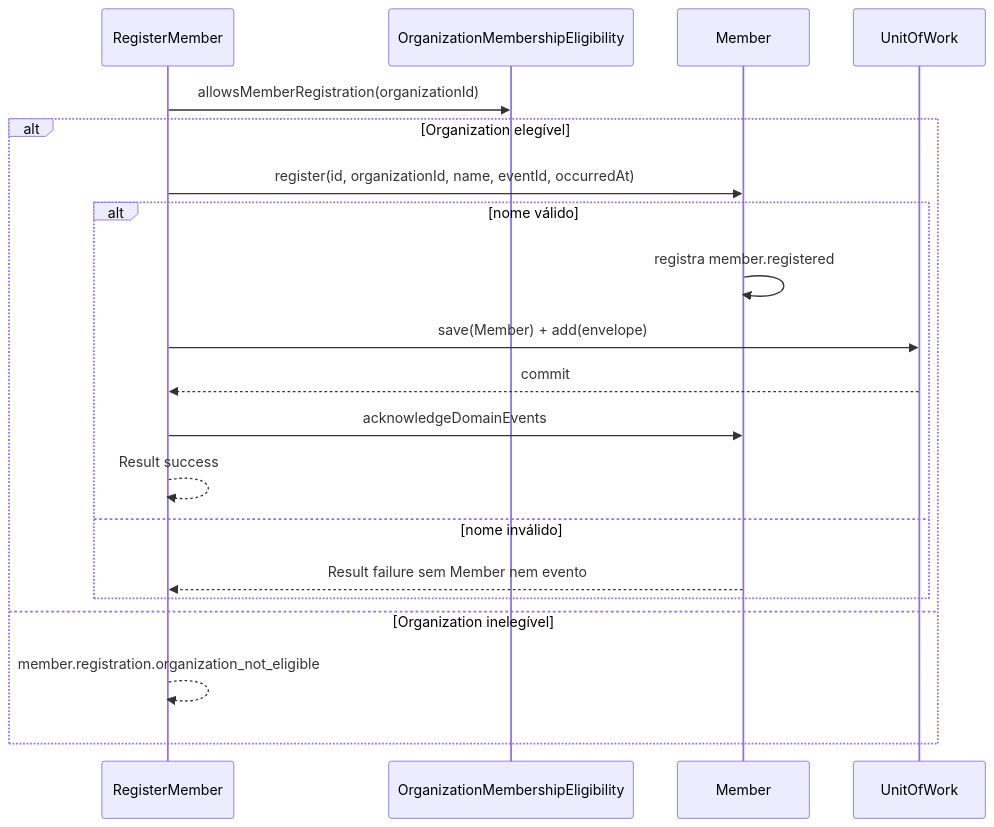
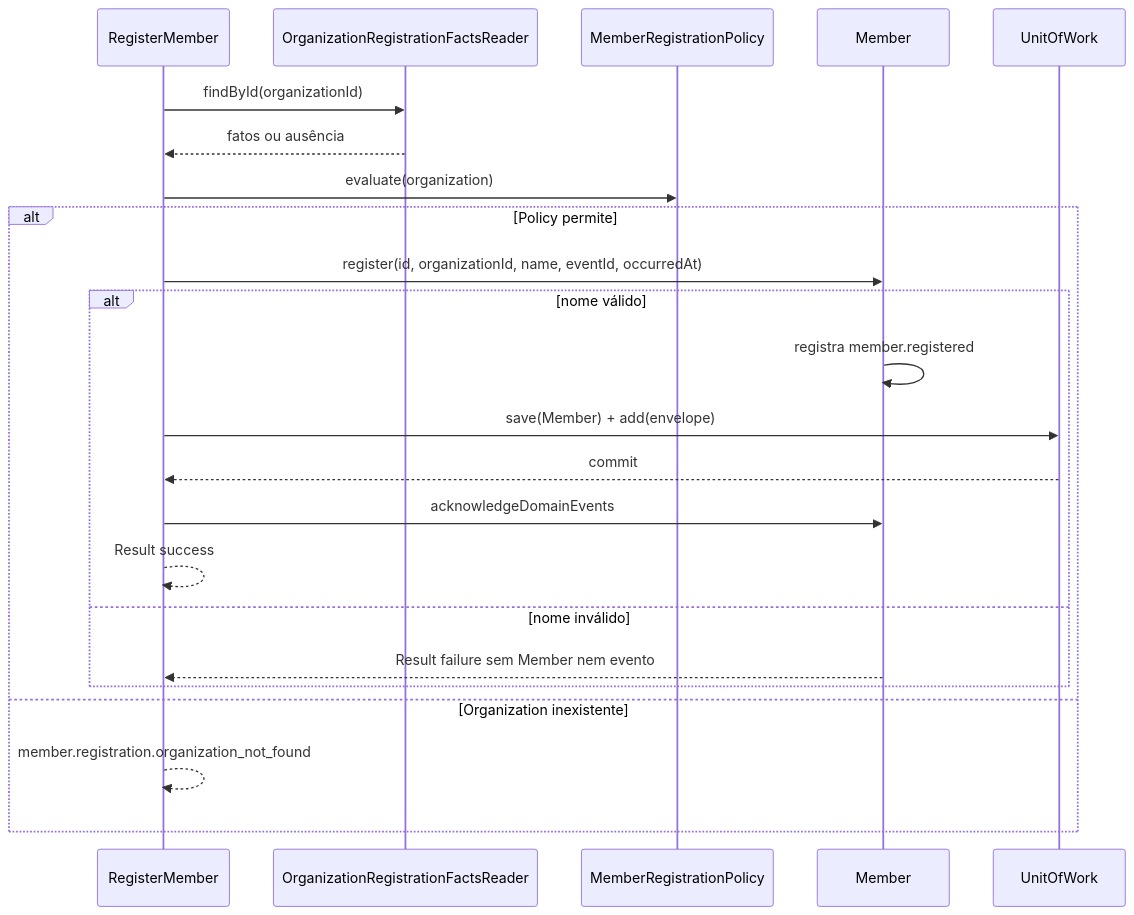
Before and after one commit to MauricioGomes02/servir: the diagram in docs/domain/membership.md, drawn with Mermaid. The commit also changed other lines of this file and 20 other files, not shown here.

First line of the commit message:
refactor(membership): separate registration facts from policy decisions

````diff
--- a/docs/domain/membership.md
+++ b/docs/domain/membership.md
@@ -41,22 +41,25 @@
 ```mermaid
 sequenceDiagram
     participant A as RegisterMember
-    participant O as OrganizationMembershipEligibility
+    participant R as OrganizationRegistrationFactsReader
+    participant P as MemberRegistrationPolicy
     participant M as Member
     participant U as UnitOfWork
-    A->>O: allowsMemberRegistration(organizationId)
-    alt Organization elegível
+    A->>R: findById(organizationId)
+    R-->>A: fatos ou ausência
+    A->>P: evaluate(organization)
+    alt Policy permite
         A->>M: register(id, organizationId, name, eventId, occurredAt)
         alt nome válido
             M->>M: registra member.registered
             A->>U: save(Member) + add(envelope)
             U-->>A: commit
             A->>M: acknowledgeDomainEvents
             A-->>A: Result success
         else nome inválido
             M-->>A: Result failure sem Member nem evento
         end
-    else Organization inelegível
-        A-->>A: member.registration.organization_not_eligible
+    else Organization inexistente
+        A-->>A: member.registration.organization_not_found
     end
 ```
````
